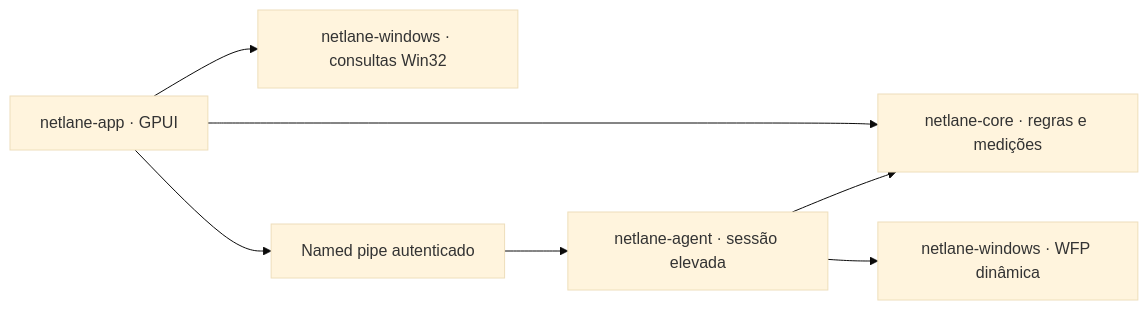
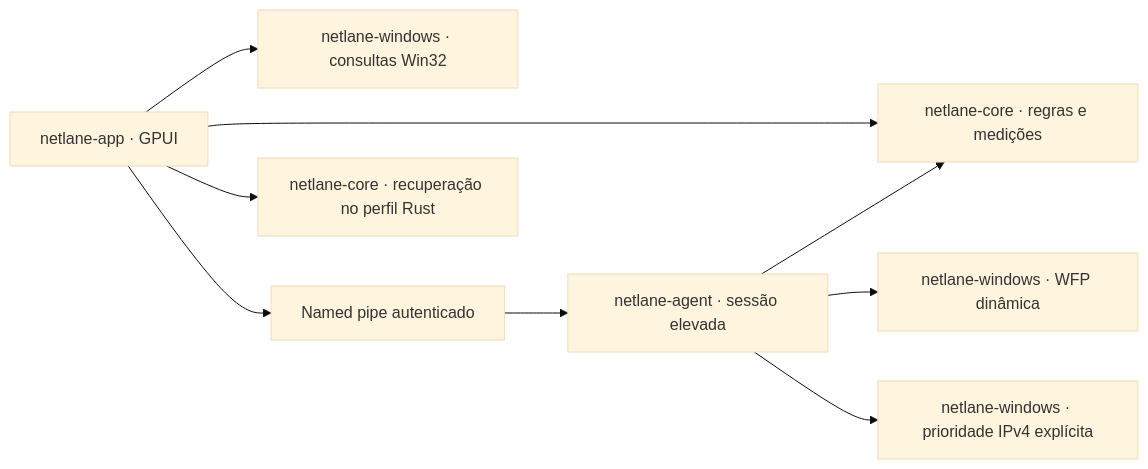
Before and after one commit to n3tf4c3/netlane: the diagram in docs/migracao-rust.md, drawn with Mermaid (base theme). The commit also changed other lines of this file and 19 other files, not shown here.

Commit message:
Porta conexão padrão e recuperação para Rust/GPUI

````diff
--- a/docs/migracao-rust.md
+++ b/docs/migracao-rust.md
@@ -12,9 +12,11 @@
 ```mermaid
 flowchart LR
   UI[netlane-app · GPUI] --> Core[netlane-core · regras e medições]
   UI --> Monitor[netlane-windows · consultas Win32]
   UI --> IPC[Named pipe autenticado]
   IPC --> Agent[netlane-agent · sessão elevada]
   Agent --> Core
   Agent --> WFP[netlane-windows · WFP dinâmica]
+  UI --> Recovery[netlane-core · recuperação no perfil Rust]
+  Agent --> Priority[netlane-windows · prioridade IPv4 explícita]
 ```
````
